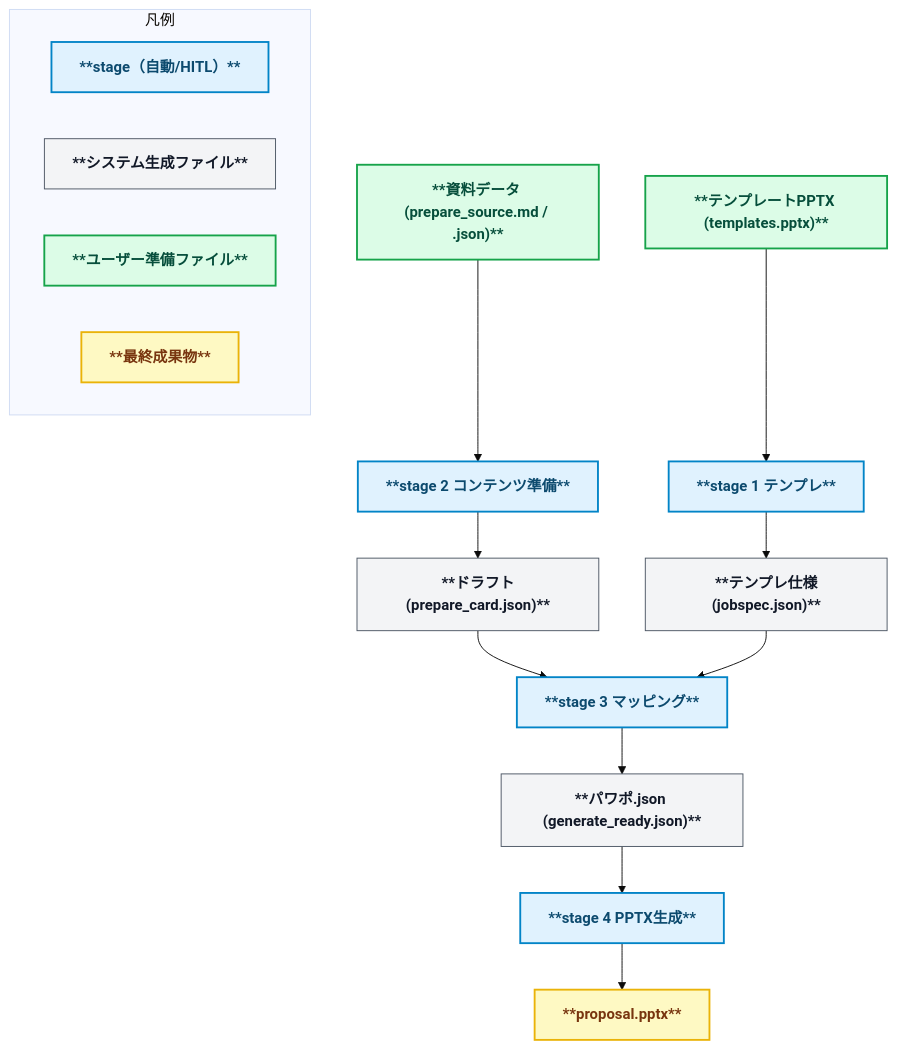
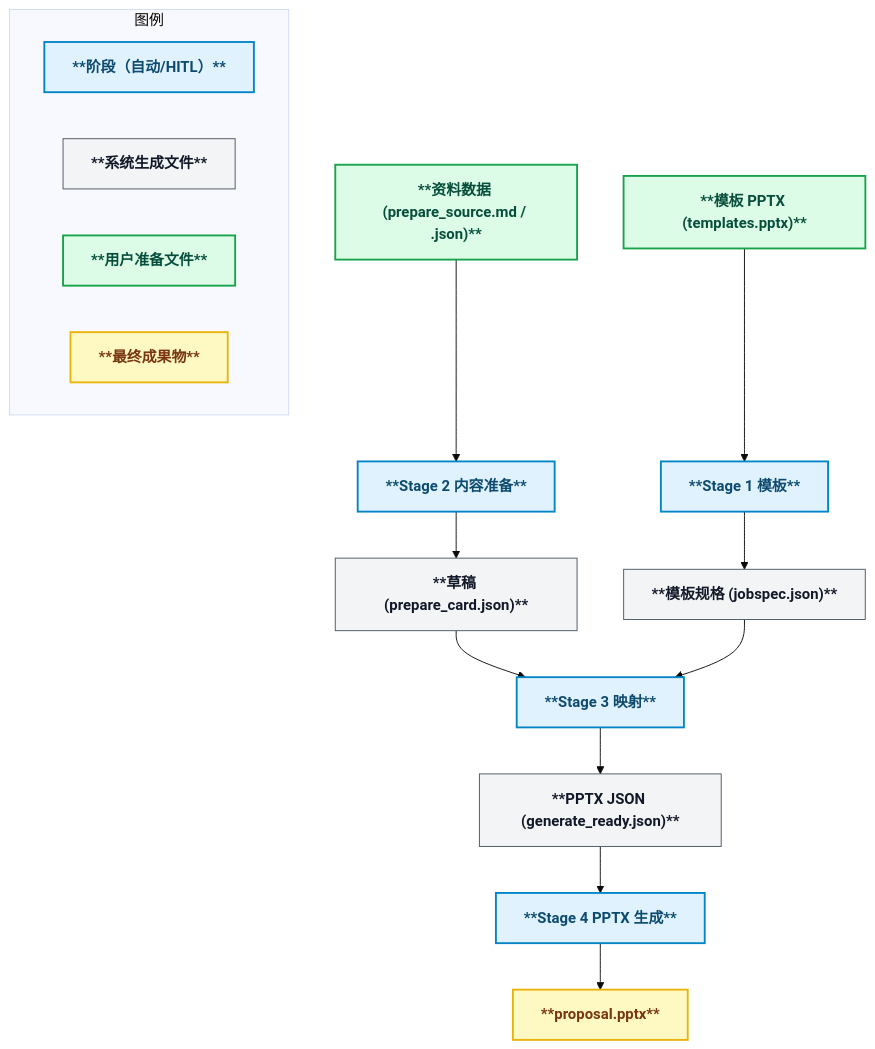
One commit to yurake/pptx_generator changed the first of 2 diagrams in README.zh.md. Above: the diagram before and after it, drawn with Mermaid (base theme). The commit also changed other lines of this file and 1 other file, not shown here.

Commit message:
docs(readme): localize mermaid labels

````diff
--- a/README.zh.md
+++ b/README.zh.md
@@ -55,35 +55,35 @@
 ```mermaid
 flowchart TD
   %% ======= Styles =======
   classDef stage fill:#e0f2fe,stroke:#0284c7,stroke-width:2px,color:#0c4a6e,font-weight:bold;
   classDef file fill:#f3f4f6,stroke:#4b5563,stroke-width:1px,color:#111827,font-weight:bold;
   classDef userfile fill:#dcfce7,stroke:#16a34a,stroke-width:2px,color:#064e3b,font-weight:bold;
   classDef final fill:#fef9c3,stroke:#eab308,stroke-width:2px,color:#78350f,font-weight:bold;
 
   %% ======= Stage 1 =======
-  Tmpl["**テンプレートPPTX (templates.pptx)**"]:::userfile --> S1["**stage 1 テンプレ**"]:::stage
-  S1 --> Jobspec["**テンプレ仕様(jobspec.json)**"]:::file
+  Tmpl["**模板 PPTX (templates.pptx)**"]:::userfile --> S1["**Stage 1 模板**"]:::stage
+  S1 --> Jobspec["**模板规格 (jobspec.json)**"]:::file
 
   %% ======= Stage 2 =======
-  Prepare["**資料データ (prepare_source.md / .json)**"]:::userfile --> S2["**stage 2 コンテンツ準備**"]:::stage
-  S2 --> PrepareCards["**ドラフト(prepare_card.json)**"]:::file
+  Prepare["**资料数据 (prepare_source.md / .json)**"]:::userfile --> S2["**Stage 2 内容准备**"]:::stage
+  S2 --> PrepareCards["**草稿 (prepare_card.json)**"]:::file
   PrepareCards --> S3
 
   %% ======= Stage 3 =======
-  S3["**stage 3 マッピング**"]:::stage
+  S3["**Stage 3 映射**"]:::stage
   Jobspec --> S3
-  S3 --> Ready["**パワポ.json (generate_ready.json)**"]:::file
+  S3 --> Ready["**PPTX JSON (generate_ready.json)**"]:::file
 
   %% ======= Stage 4 =======
-  Ready --> S4["**stage 4 PPTX生成**"]:::stage
+  Ready --> S4["**Stage 4 PPTX 生成**"]:::stage
   S4 --> PPTX["**proposal.pptx**"]:::final
 
   %% ======= Legend =======
-  subgraph Legend[凡例]
+  subgraph Legend[图例]
     direction LR
-    A1["**stage（自動/HITL）**"]:::stage
-    A2["**システム生成ファイル**"]:::file
-    A3["**ユーザー準備ファイル**"]:::userfile
-    A4["**最終成果物**"]:::final
+    A1["**阶段（自动/HITL）**"]:::stage
+    A2["**系统生成文件**"]:::file
+    A3["**用户准备文件**"]:::userfile
+    A4["**最终成果物**"]:::final
   end
 ```
````
